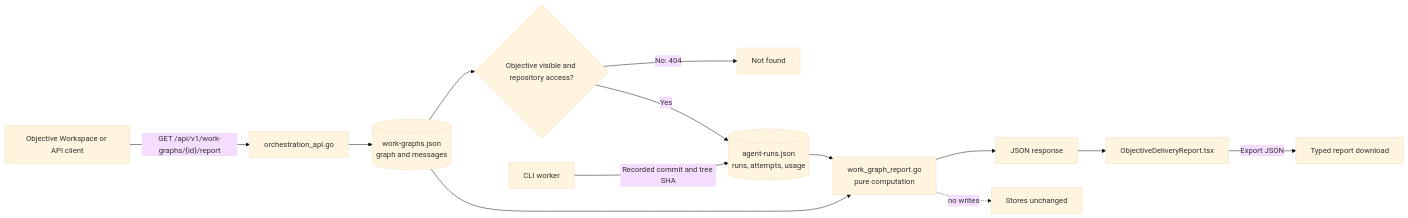
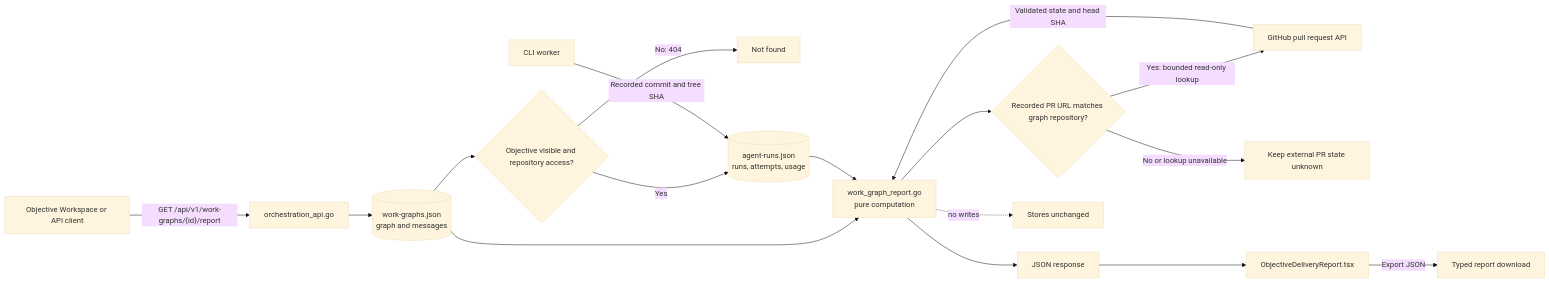
Before and after one commit to bogdaniel/zenchron-engineering-os: the diagram in docs/features/objective-delivery-report.md, drawn with Mermaid (base theme). The commit also changed other lines of this file and 6 other files, not shown here.

Commit message:
feat(report): show current pull request state

````diff
--- a/docs/features/objective-delivery-report.md
+++ b/docs/features/objective-delivery-report.md
@@ -8,15 +8,19 @@
 ```mermaid
 flowchart LR
   Client[Objective Workspace or API client] -->|"GET /api/v1/work-graphs/{id}/report"| Handler[orchestration_api.go]
   Handler --> Graphs[(work-graphs.json<br/>graph and messages)]
   Graphs --> Visibility{Objective visible and repository access?}
   Visibility -->|No: 404| NotFound[Not found]
   Visibility -->|Yes| Runs[(agent-runs.json<br/>runs, attempts, usage)]
   Worker[CLI worker] -->|Recorded commit and tree SHA| Runs
   Graphs --> Compute[work_graph_report.go<br/>pure computation]
   Runs --> Compute
+  Compute --> GitHub{Recorded PR URL matches graph repository?}
+  GitHub -->|Yes: bounded read-only lookup| API[GitHub pull request API]
+  GitHub -->|No or lookup unavailable| Unknown[Keep external PR state unknown]
+  API -->|Validated state and head SHA| Compute
   Compute --> Response[JSON response]
   Response --> ReportUI[ObjectiveDeliveryReport.tsx]
   ReportUI -->|Export JSON| Download[Typed report download]
   Compute -.->|no writes| ReadOnly[Stores unchanged]
 ```
````
